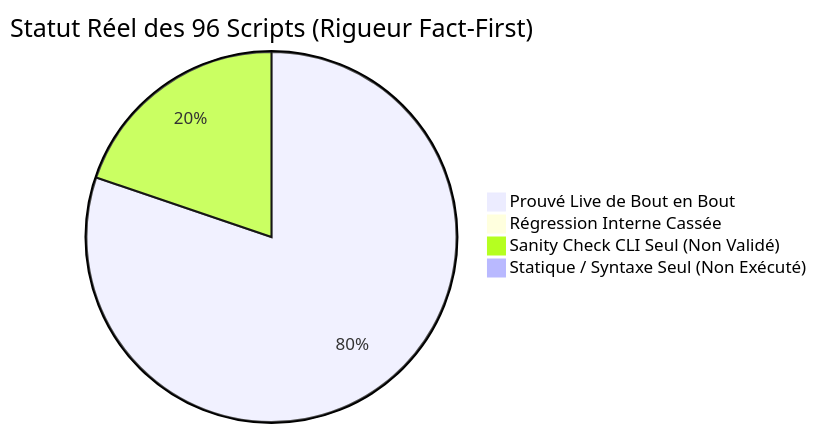
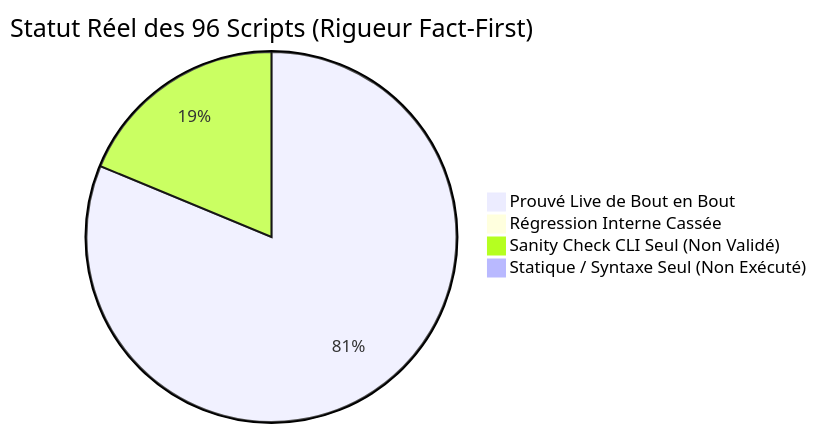
The diagram in docs/reference/2026-11-10-audit-exhaustif-scripts-regressions.md (yoyonel/pydbsrt), drawn with Mermaid before and after one commit. The commit also changed other lines of this file and 2 other files, not shown here.

Commit message:
fix(ingestion): dynamic root, absolute paths and cli check mode in audit rejected cuts (#69)

````diff
--- a/docs/reference/2026-11-10-audit-exhaustif-scripts-regressions.md
+++ b/docs/reference/2026-11-10-audit-exhaustif-scripts-regressions.md
@@ -16,7 +16,7 @@
 ```mermaid
 pie title Statut Réel des 96 Scripts (Rigueur Fact-First)
-    "Prouvé Live de Bout en Bout" : 77
+    "Prouvé Live de Bout en Bout" : 78
     "Régression Interne Cassée" : 0
-    "Sanity Check CLI Seul (Non Validé)" : 19
+    "Sanity Check CLI Seul (Non Validé)" : 18
     "Statique / Syntaxe Seul (Non Exécuté)" : 0
 ```
````
